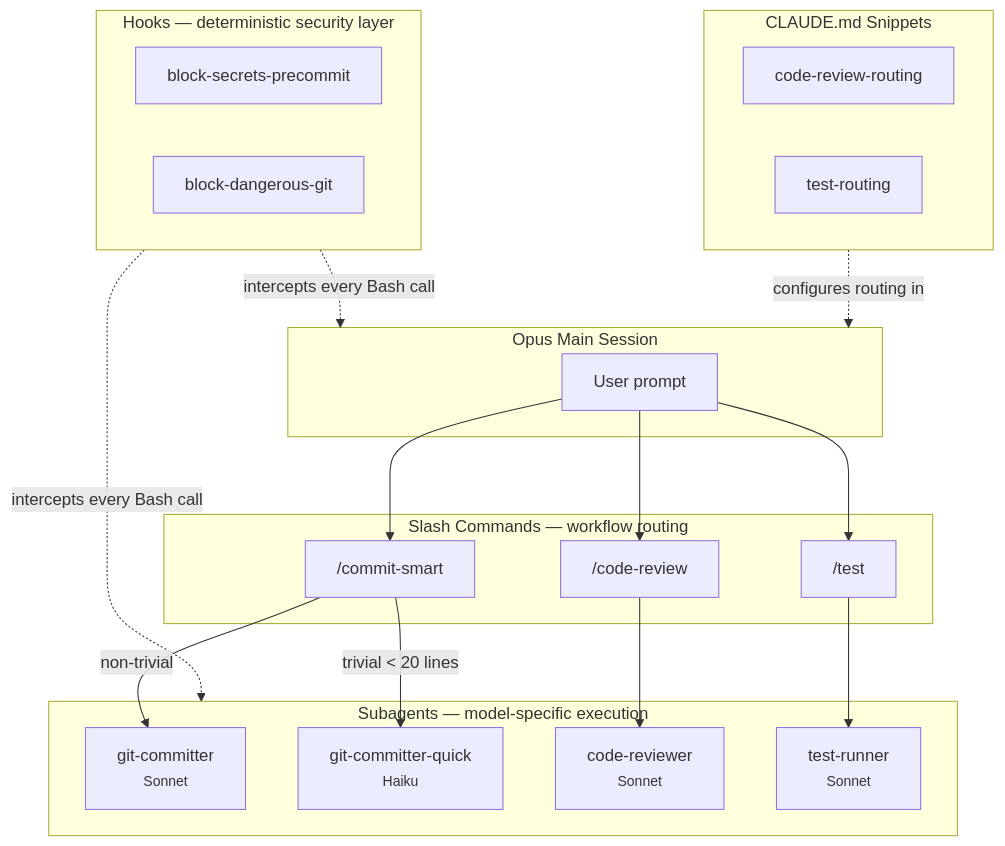
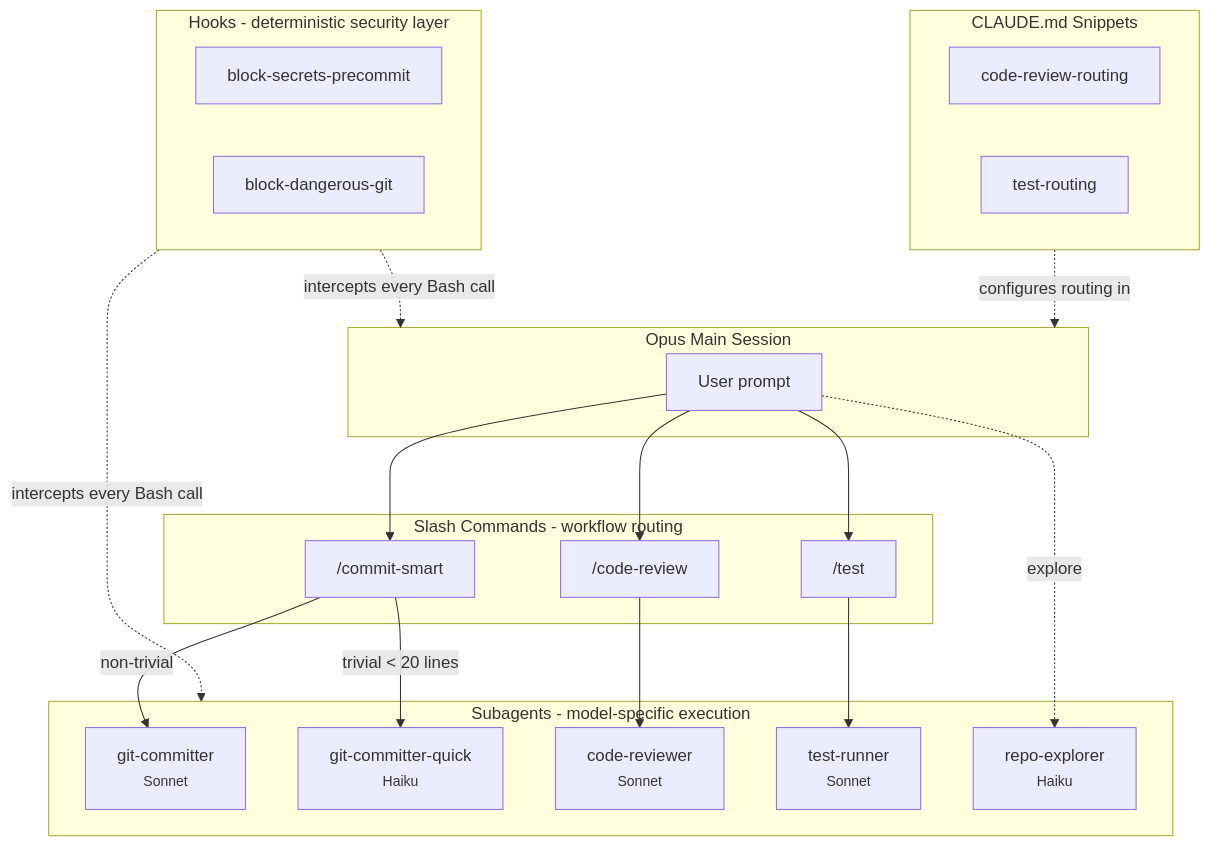
The diagram in README.md (Filip-Podstavec/claude-leverage), drawn with Mermaid before and after one commit. The commit also changed other lines of this file and 1 other file, not shown here.

First line of the commit message:
Update README with plugin install, repo-explorer, and style fixes

````diff
--- a/README.md
+++ b/README.md
@@ -22,39 +28,41 @@
 ```mermaid
 graph TB
     subgraph Main["Opus Main Session"]
         USER["User prompt"]
     end
 
-    subgraph Commands["Slash Commands — workflow routing"]
+    subgraph Commands["Slash Commands - workflow routing"]
         CS["/commit-smart"]
         CR["/code-review"]
         TT["/test"]
     end
 
-    subgraph Agents["Subagents — model-specific execution"]
+    subgraph Agents["Subagents - model-specific execution"]
         GC["git-committer<br/><small>Sonnet</small>"]
         GCQ["git-committer-quick<br/><small>Haiku</small>"]
         CRA["code-reviewer<br/><small>Sonnet</small>"]
         TR["test-runner<br/><small>Sonnet</small>"]
+        RX["repo-explorer<br/><small>Haiku</small>"]
     end
 
-    subgraph Hooks["Hooks — deterministic security layer"]
+    subgraph Hooks["Hooks - deterministic security layer"]
         BS["block-secrets-precommit"]
         BD["block-dangerous-git"]
     end
 
     subgraph Snippets["CLAUDE.md Snippets"]
         CRR["code-review-routing"]
         TRR["test-routing"]
     end
 
     USER --> CS & CR & TT
+    USER -.->|"explore"| RX
     CS -->|"non-trivial"| GC
     CS -->|"trivial < 20 lines"| GCQ
     CR --> CRA
     TT --> TR
 
     Hooks -.->|"intercepts every Bash call"| Main
     Hooks -.->|"intercepts every Bash call"| Agents
     Snippets -.->|"configures routing in"| Main
 ```
````
